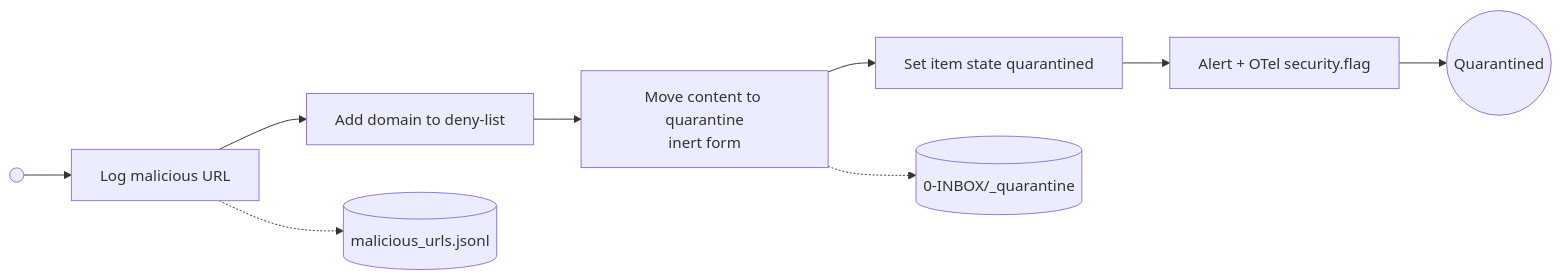
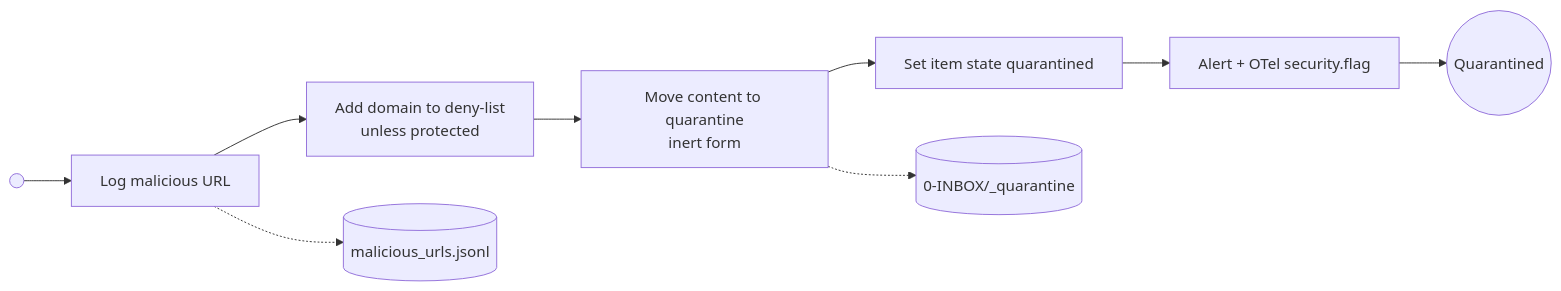
One commit to zskreisz01/pkpipe changed the diagram in docs/process/handle-security-flag.md. Above: the diagram before and after it, drawn with Mermaid. The commit also changed other lines of this file and 33 other files, not shown here.

First line of the commit message:
fix: cached image descriptions at release and protected hosts in the deny-list (spec 028)

````diff
--- a/docs/process/handle-security-flag.md
+++ b/docs/process/handle-security-flag.md
@@ -12,6 +12,6 @@
 ```mermaid
 flowchart LR
-    s(( )) --> t1[Log malicious URL] --> t2[Add domain to deny-list] --> t3[Move content to quarantine<br/>inert form] --> t4[Set item state quarantined] --> t5[Alert + OTel security.flag] --> e((Quarantined))
+    s(( )) --> t1[Log malicious URL] --> t2[Add domain to deny-list<br/>unless protected] --> t3[Move content to quarantine<br/>inert form] --> t4[Set item state quarantined] --> t5[Alert + OTel security.flag] --> e((Quarantined))
     t1 -.-> log[(malicious_urls.jsonl)]
     t3 -.-> q[(0-INBOX/_quarantine)]
 ```
````
